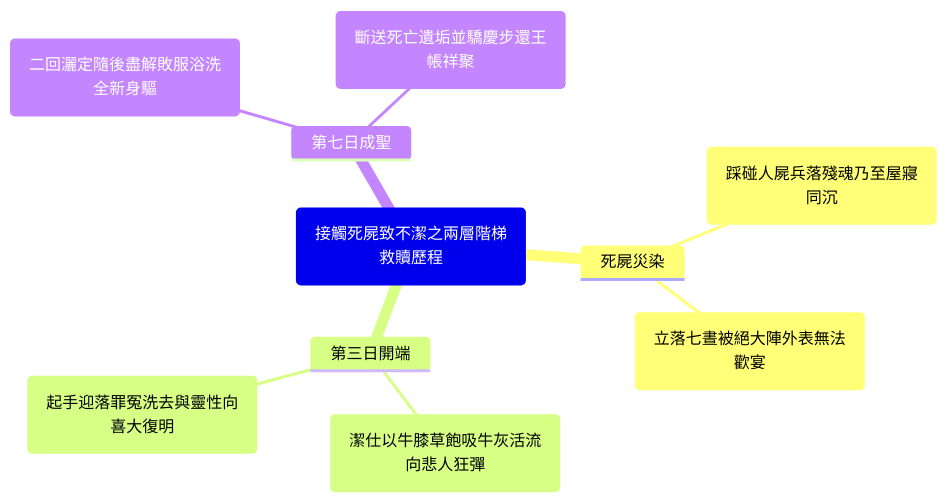
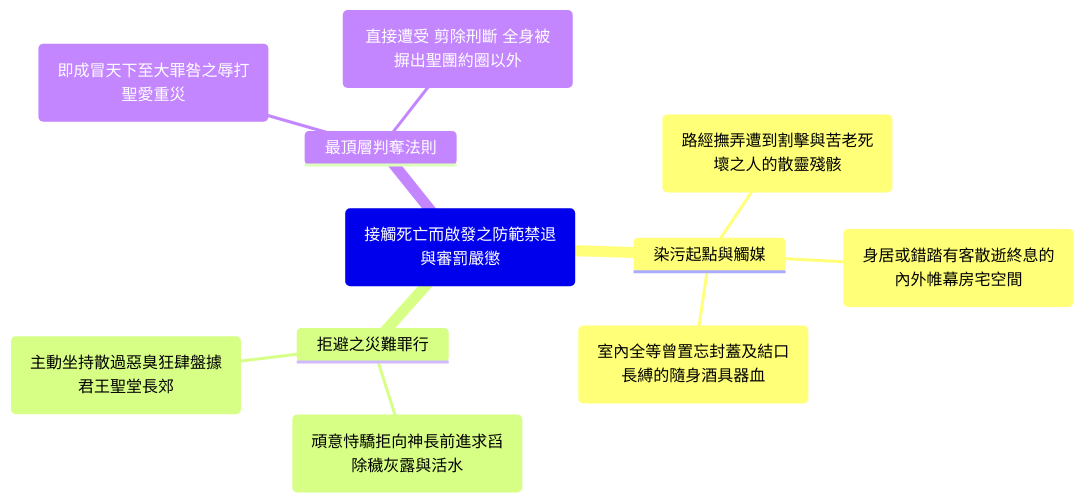
One commit to andyjr5566/Bible_wiki_zh changed the second of 3 diagrams in 04 民數記/第19章.md. Above: the diagram before and after it, drawn with Mermaid. The commit also changed other lines of this file and 25 other files, not shown here.

````diff
--- a/04 民數記/第19章.md
+++ b/04 民數記/第19章.md
@@ -99,13 +84,14 @@
 ```mermaid
 mindmap
-    root("接觸死屍致不潔之兩層階梯救贖歷程")
-        死屍災染
-            ("踩碰人屍兵落殘魂乃至屋寢同沉")
-            ("立落七晝被絕大陣外表無法歡宴")
-        第三日開端
-            ("潔仕以牛膝草飽吸牛灰活流向悲人狂彈")
-            ("起手迎落罪冤洗去與靈性向喜大復明")
-        第七日成聖
-            ("二回灑定隨後盡解敗服浴洗全新身驅")
-            ("斷送死亡遺垢並驕慶步還王帳祥聚")
+    root("接觸死亡而啟發之防範禁退與審罰嚴懲")
+        染污起點與觸媒
+            ("路經撫弄遭到割擊與苦老死壞之人的散靈殘骸")
+            ("身居或錯踏有客散逝終息的內外帷幕房宅空間")
+            ("室內全等曾置忘封蓋及結口長縛的隨身酒具器血")
+        拒避之災難罪行
+            ("頑意恃驕拒向神長前進求舀除穢灰露與活水")
+            ("主動坐持散過惡臭狂肆盤據君王聖堂長郊")
+        最頂層判奪法則
+            ("即成冒天下至大罪咎之辱打聖愛重災")
+            ("直接遭受 剪除刑斷 全身被摒出聖團約圈以外")
 ```
````
